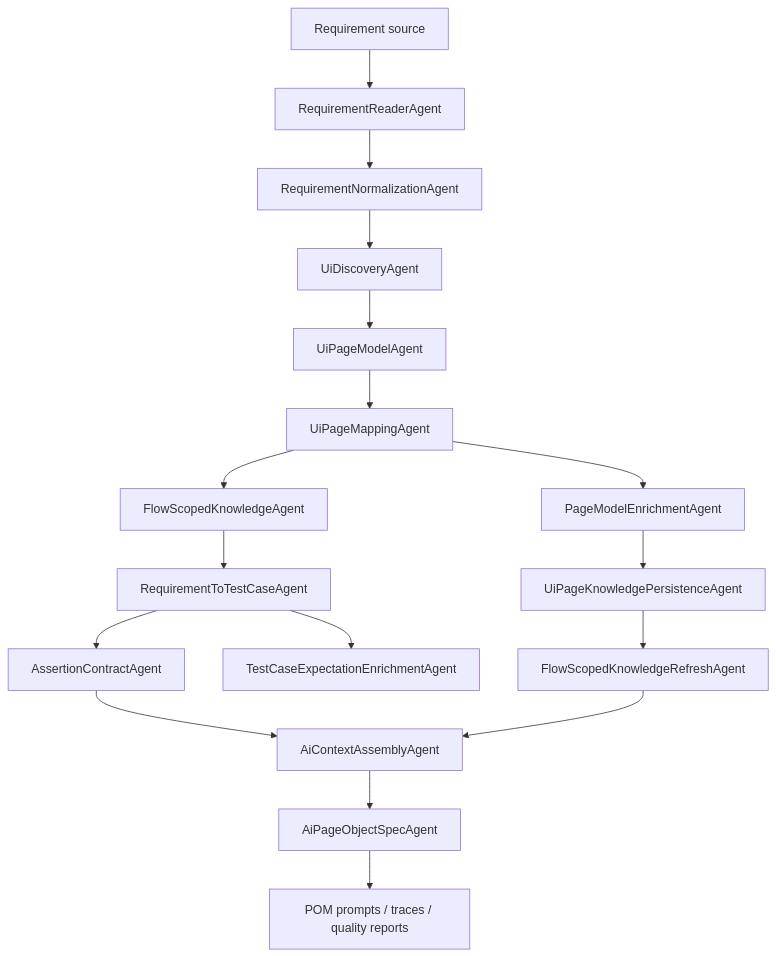
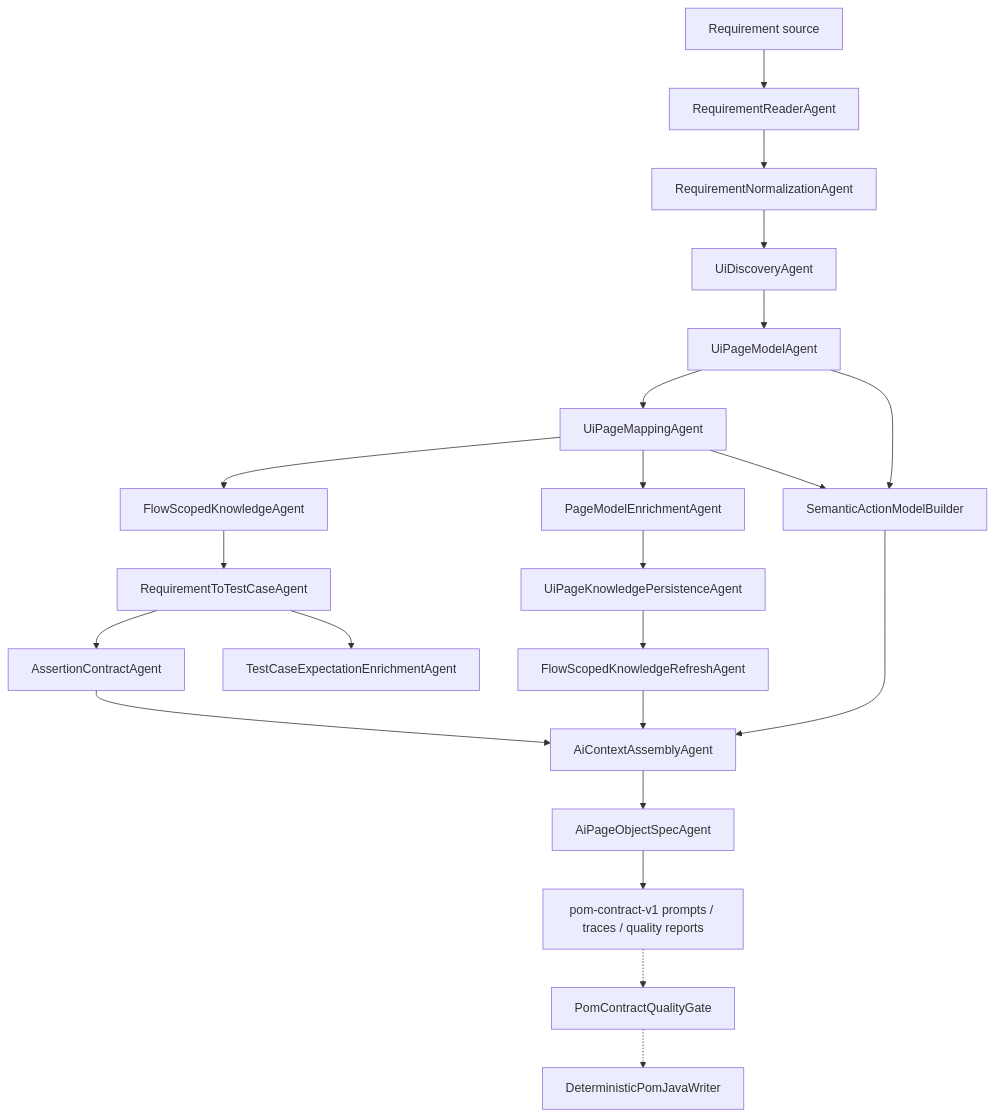
One commit to PKrasytskyi/AQAI changed the first of 2 diagrams in docs/PROJECT_GUIDE.md. Above: the diagram before and after it, drawn with Mermaid. The commit also changed other lines of this file and 194 other files, not shown here.

````diff
--- a/docs/PROJECT_GUIDE.md
+++ b/docs/PROJECT_GUIDE.md
@@ -36,19 +38,24 @@
 ```mermaid
 flowchart TD
     A["Requirement source"] --> B["RequirementReaderAgent"]
     B --> C["RequirementNormalizationAgent"]
     C --> D["UiDiscoveryAgent"]
     D --> E["UiPageModelAgent"]
     E --> F["UiPageMappingAgent"]
     F --> G["FlowScopedKnowledgeAgent"]
     G --> H["RequirementToTestCaseAgent"]
     H --> I["AssertionContractAgent"]
     H --> J["TestCaseExpectationEnrichmentAgent"]
     F --> K["PageModelEnrichmentAgent"]
     K --> L["UiPageKnowledgePersistenceAgent"]
     L --> M["FlowScopedKnowledgeRefreshAgent"]
     I --> N["AiContextAssemblyAgent"]
     M --> N
+    E --> S["SemanticActionModelBuilder"]
+    F --> S
+    S --> N
     N --> O["AiPageObjectSpecAgent"]
-    O --> P["POM prompts / traces / quality reports"]
+    O --> P["pom-contract-v1 prompts / traces / quality reports"]
+    P -.-> Q["PomContractQualityGate"]
+    Q -.-> R["DeterministicPomJavaWriter"]
 ```
````
